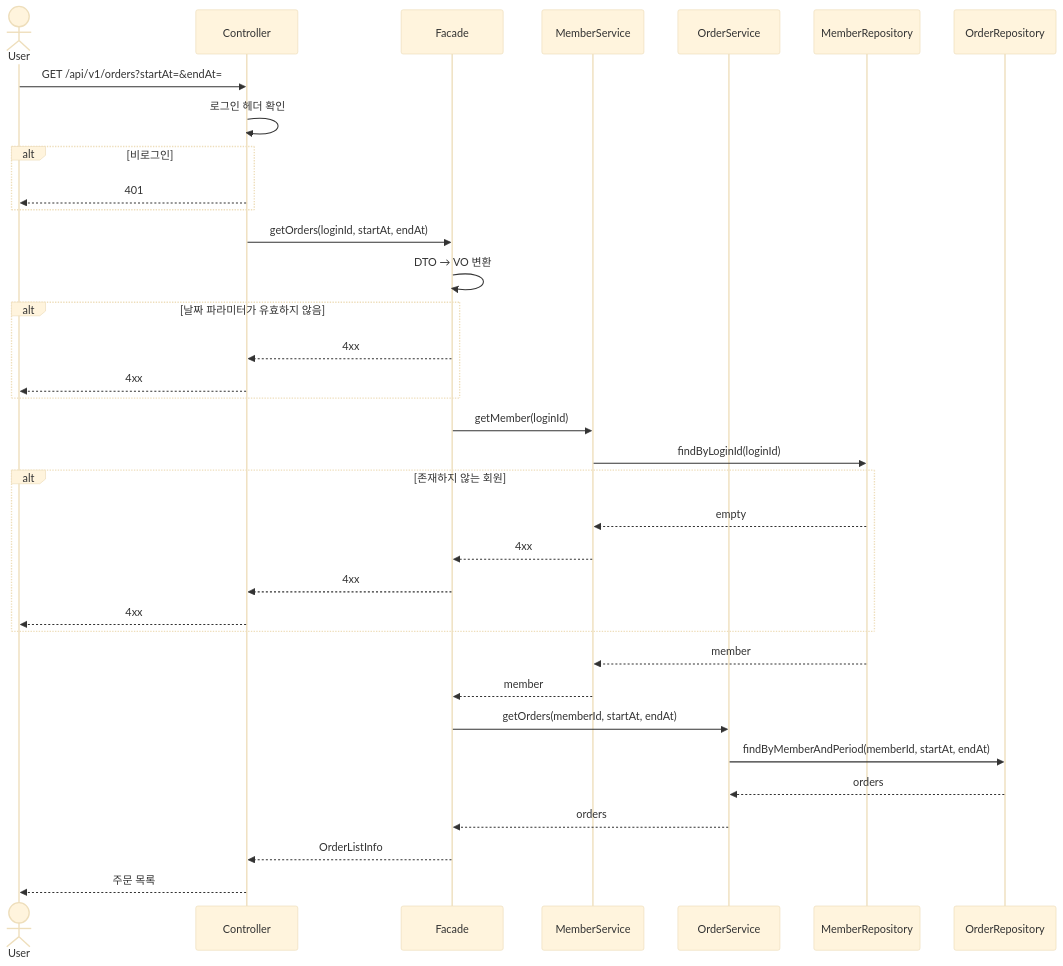
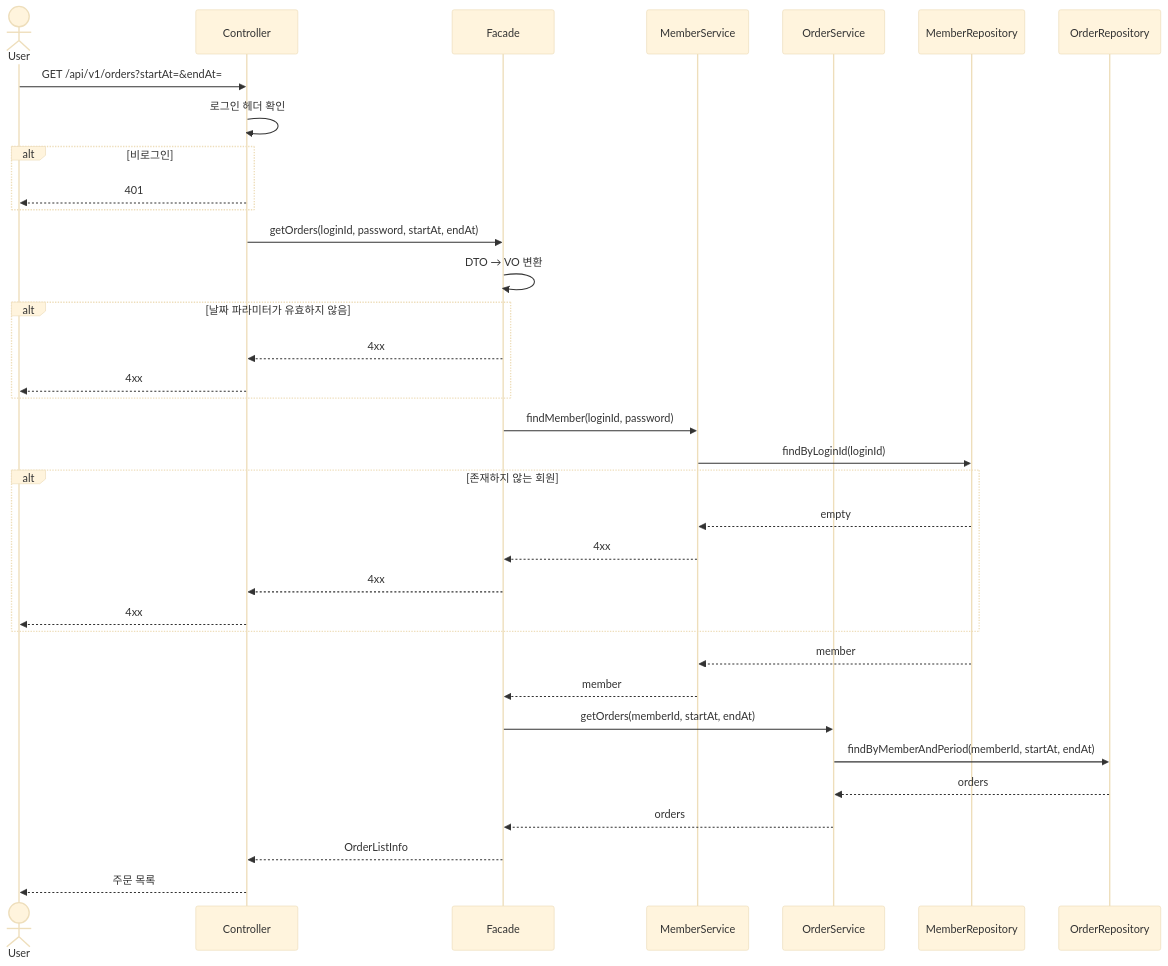
One commit to Loopers-dev-lab/loop-pack-be-l2-vol3-java changed the eighth of 21 diagrams in docs/design/02-sequence-diagrams.md. Above: the diagram before and after it, drawn with Mermaid (base theme). The commit also changed other lines of this file and 2 other files, not shown here.

````diff
--- a/docs/design/02-sequence-diagrams.md
+++ b/docs/design/02-sequence-diagrams.md
@@ -493,44 +493,44 @@
 ```mermaid
 sequenceDiagram
     actor User
     participant Controller
     participant Facade
     participant MemberService
     participant OrderService
     participant MemberRepository
     participant OrderRepository
 
     User->>Controller: GET /api/v1/orders?startAt=&endAt=
     Controller->>Controller: 로그인 헤더 확인
 
     alt 비로그인
         Controller-->>User: 401
     end
 
-    Controller->>Facade: getOrders(loginId, startAt, endAt)
+    Controller->>Facade: getOrders(loginId, password, startAt, endAt)
     Facade->>Facade: DTO → VO 변환
 
     alt 날짜 파라미터가 유효하지 않음
         Facade-->>Controller: 4xx
         Controller-->>User: 4xx
     end
 
-    Facade->>MemberService: getMember(loginId)
+    Facade->>MemberService: findMember(loginId, password)
     MemberService->>MemberRepository: findByLoginId(loginId)
     alt 존재하지 않는 회원
         MemberRepository-->>MemberService: empty
         MemberService-->>Facade: 4xx
         Facade-->>Controller: 4xx
         Controller-->>User: 4xx
     end
     MemberRepository-->>MemberService: member
     MemberService-->>Facade: member
 
     Facade->>OrderService: getOrders(memberId, startAt, endAt)
     OrderService->>OrderRepository: findByMemberAndPeriod(memberId, startAt, endAt)
     OrderRepository-->>OrderService: orders
 
     OrderService-->>Facade: orders
     Facade-->>Controller: OrderListInfo
     Controller-->>User: 주문 목록
 ```
````
